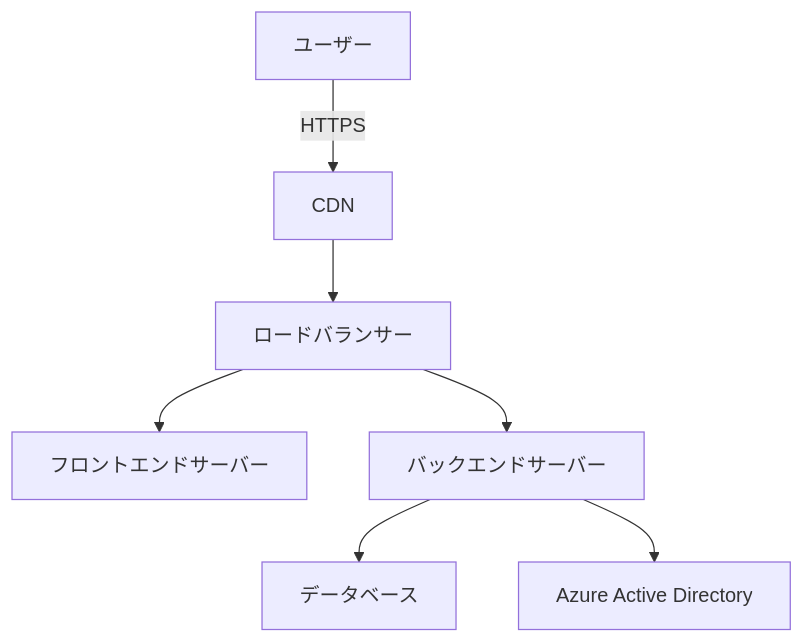
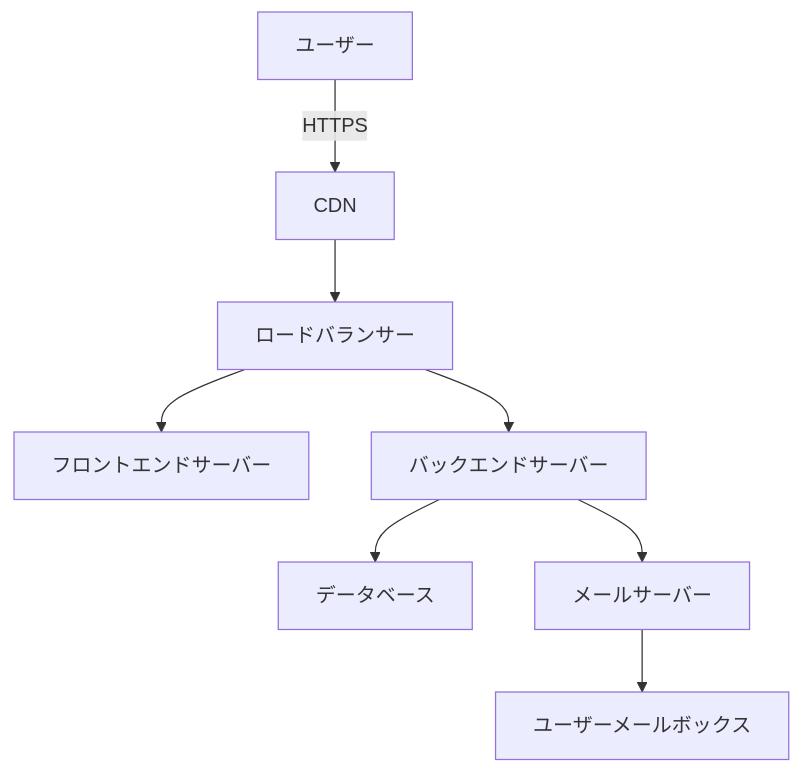
The diagram in docs/Production-Migration-Guide.md (Kensan196948G/ITManagementSystem-Prototype), drawn with Mermaid before and after one commit. The commit also changed other lines of this file and 10 other files, not shown here.

````diff
--- a/docs/Production-Migration-Guide.md
+++ b/docs/Production-Migration-Guide.md
@@ -21,9 +21,10 @@
 ```mermaid
 graph TD
     A[ユーザー] -->|HTTPS| B[CDN]
     B --> C[ロードバランサー]
     C --> D[フロントエンドサーバー]
     C --> E[バックエンドサーバー]
     E --> F[データベース]
-    E --> G[Azure Active Directory]
+    E --> G[メールサーバー]
+    G --> H[ユーザーメールボックス]
 ```
````
